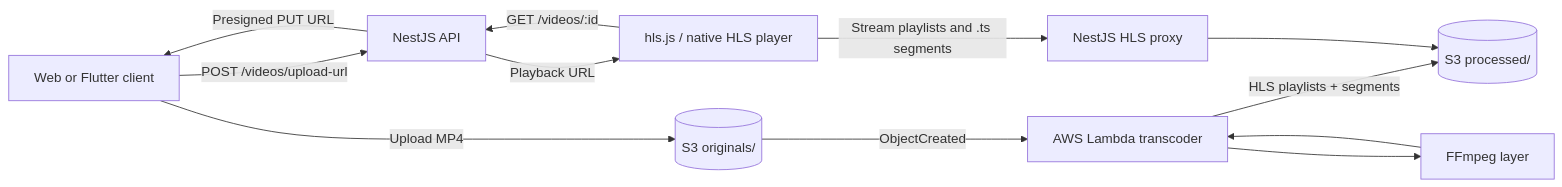
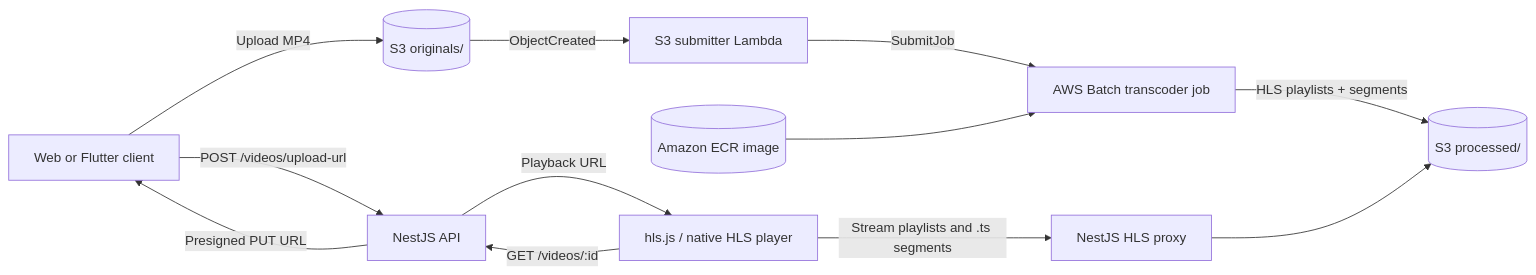
The diagram in README.md (Anubhavjain786/Adaptive-Video-Streaming), drawn with Mermaid before and after one commit. The commit also changed other lines of this file and 12 other files, not shown here.

Commit message:
Migrate transcoder to AWS Batch

````diff
--- a/README.md
+++ b/README.md
@@ -44,23 +46,24 @@
 ```mermaid
 flowchart LR
     User[Web or Flutter client]
     API[NestJS API]
     S3Raw[(S3 originals/)]
-    Lambda[AWS Lambda transcoder]
-    FFmpeg[FFmpeg layer]
+    Submitter[S3 submitter Lambda]
+    Batch[AWS Batch transcoder job]
+    ECR[(Amazon ECR image)]
     S3Hls[(S3 processed/)]
     HLS[NestJS HLS proxy]
     Player[hls.js / native HLS player]
 
     User -->|POST /videos/upload-url| API
     API -->|Presigned PUT URL| User
     User -->|Upload MP4| S3Raw
-    S3Raw -->|ObjectCreated| Lambda
-    Lambda --> FFmpeg
-    FFmpeg --> Lambda
-    Lambda -->|HLS playlists + segments| S3Hls
+    S3Raw -->|ObjectCreated| Submitter
+    Submitter -->|SubmitJob| Batch
+    ECR --> Batch
+    Batch -->|HLS playlists + segments| S3Hls
     Player -->|GET /videos/:id| API
     API -->|Playback URL| Player
     Player -->|Stream playlists and .ts segments| HLS
     HLS --> S3Hls
 ```
````
